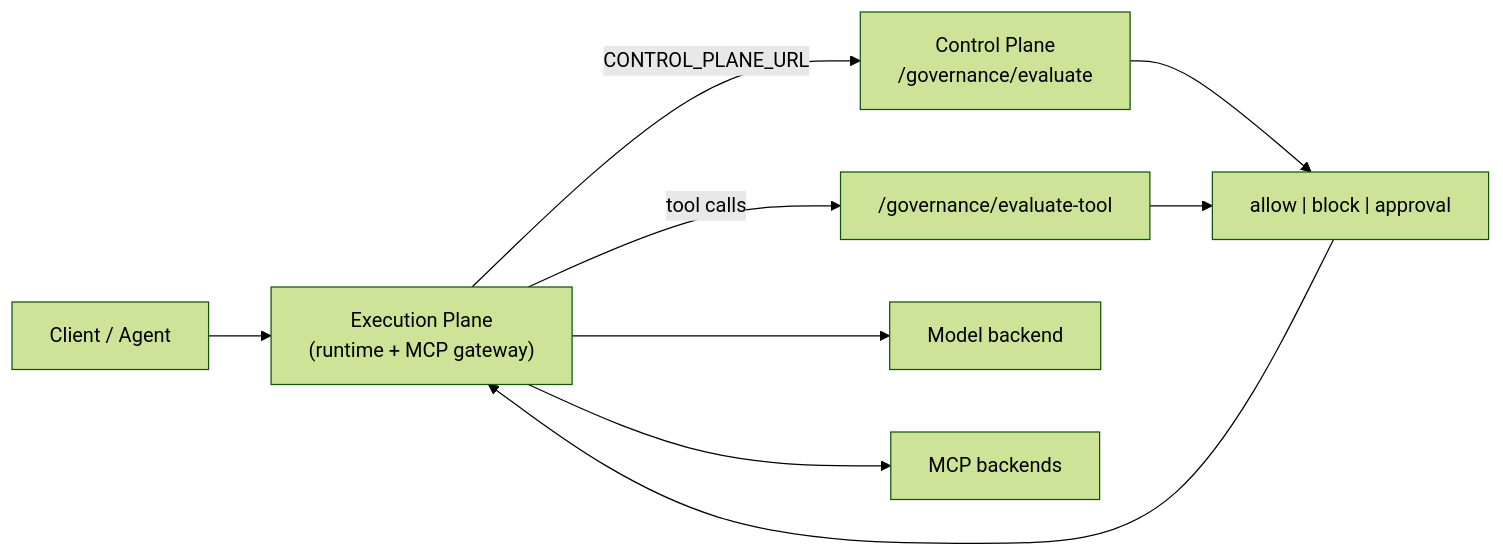
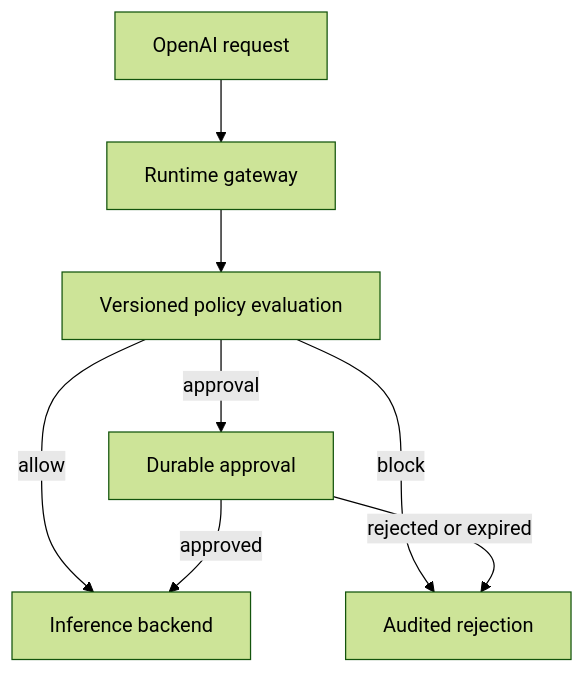
Before and after one commit to justrunme/ai-infra-control-plane: the diagram in docs/product-roadmap.md, drawn with Mermaid (forest theme). The commit also changed other lines of this file and 30 other files, not shown here.

First line of the commit message:
feat: durable governance with policy bundles and approvals (#81)

````diff
--- a/docs/product-roadmap.md
+++ b/docs/product-roadmap.md
@@ -44,11 +42,10 @@
 ```mermaid
-flowchart LR
-  Client["Client / Agent"] --> Gateway["Execution Plane\n(runtime + MCP gateway)"]
-  Gateway -->|CONTROL_PLANE_URL| Control["Control Plane\n/governance/evaluate"]
-  Gateway -->|tool calls| ToolEval["/governance/evaluate-tool"]
-  Control --> Verdict["allow | block | approval"]
-  ToolEval --> Verdict
-  Verdict --> Gateway
-  Gateway --> Model["Model backend"]
-  Gateway --> MCP["MCP backends"]
+flowchart TD
+    A["OpenAI request"] --> B["Runtime gateway"]
+    B --> C["Versioned policy evaluation"]
+    C -->|allow| D["Inference backend"]
+    C -->|block| E["Audited rejection"]
+    C -->|approval| F["Durable approval"]
+    F -->|approved| D
+    F -->|rejected or expired| E
 ```
````
